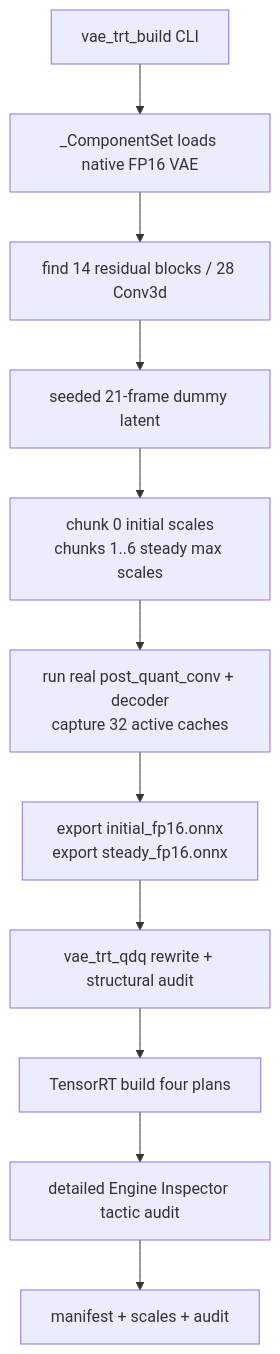
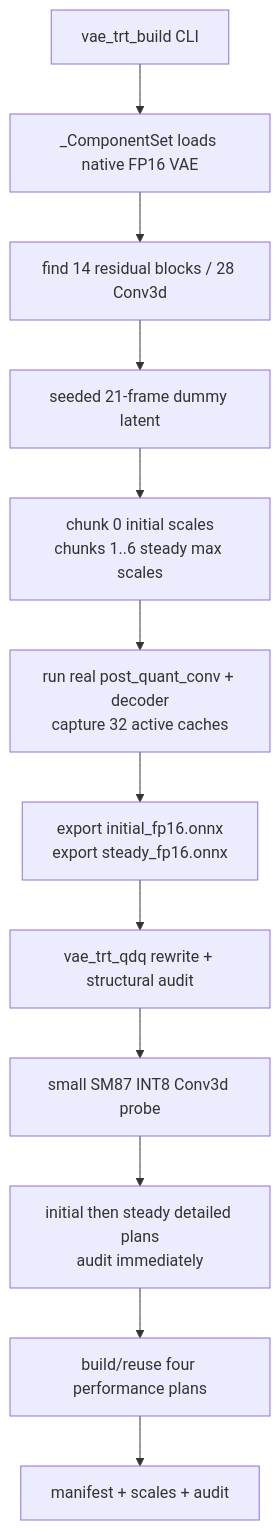
One commit to FredHuang99/sglang changed diagram 11 of 13 in python/sglang/multimodal_gen/experimental/jetson_sfwan/CODE_GUIDE.md. Above: the diagram before and after it, drawn with Mermaid. The commit also changed other lines of this file and 4 other files, not shown here.

````diff
--- a/python/sglang/multimodal_gen/experimental/jetson_sfwan/CODE_GUIDE.md
+++ b/python/sglang/multimodal_gen/experimental/jetson_sfwan/CODE_GUIDE.md
@@ -1029,17 +1029,18 @@
 ```mermaid
 flowchart TD
     CLI["vae_trt_build CLI"]
     Load["_ComponentSet loads native FP16 VAE"]
     Targets["find 14 residual blocks / 28 Conv3d"]
     Dummy["seeded 21-frame dummy latent"]
     Scales["chunk 0 initial scales<br/>chunks 1..6 steady max scales"]
     Trace["run real post_quant_conv + decoder<br/>capture 32 active caches"]
     Export["export initial_fp16.onnx<br/>export steady_fp16.onnx"]
     QDQ["vae_trt_qdq rewrite + structural audit"]
-    Build["TensorRT build four plans"]
-    Tactic["detailed Engine Inspector tactic audit"]
+    Probe["small SM87 INT8 Conv3d probe"]
+    Detailed["initial then steady detailed plans<br/>audit immediately"]
+    Build["build/reuse four performance plans"]
     Manifest["manifest + scales + audit"]
 
     CLI --> Load --> Targets --> Dummy --> Scales --> Trace --> Export
-    Export --> QDQ --> Build --> Tactic --> Manifest
+    Export --> QDQ --> Probe --> Detailed --> Build --> Manifest
 ```
````
